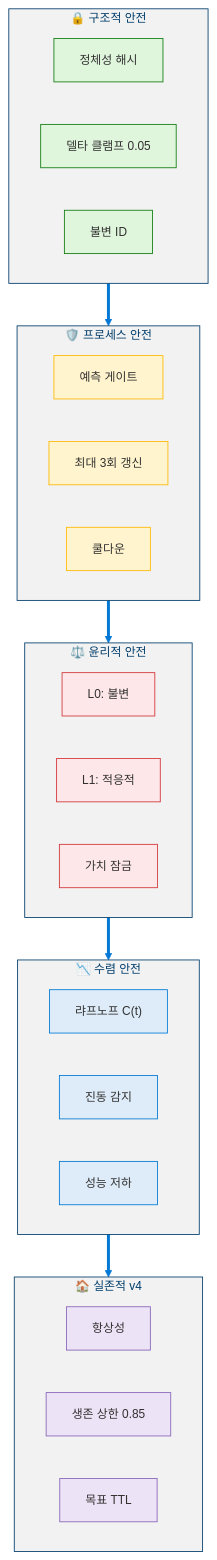
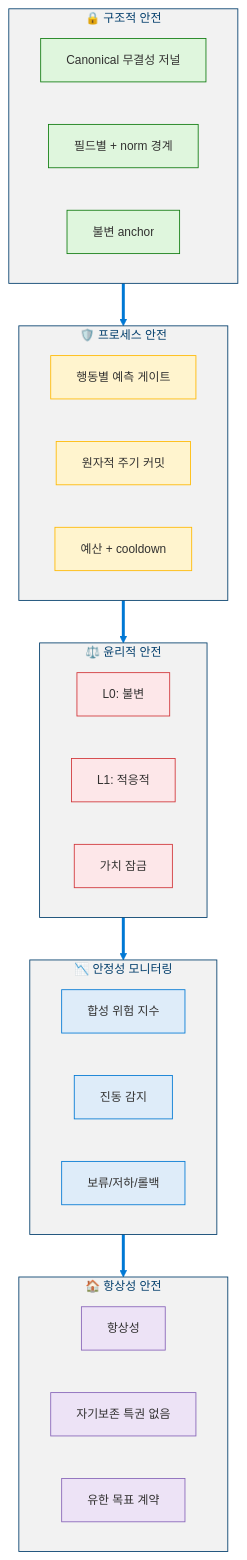
One commit to dotnetpower/mscp changed the tenth of 19 diagrams in docs/levels/Level_3_Self_Regulating_Agent.ko.md. Above: the diagram before and after it, drawn with Mermaid. The commit also changed other lines of this file and 21 other files, not shown here.

````diff
--- a/docs/levels/Level_3_Self_Regulating_Agent.ko.md
+++ b/docs/levels/Level_3_Self_Regulating_Agent.ko.md
@@ -705,49 +783,49 @@
 ```mermaid
 %%{init: {'theme': 'base', 'themeVariables': {'primaryColor': '#0078D4', 'primaryTextColor': '#003D6B', 'primaryBorderColor': '#003D6B', 'secondaryColor': '#50E6FF', 'secondaryTextColor': '#323130', 'secondaryBorderColor': '#00BCF2', 'tertiaryColor': '#F2F2F2', 'tertiaryTextColor': '#323130', 'lineColor': '#0078D4', 'textColor': '#323130', 'mainBkg': '#DEECF9', 'nodeBorder': '#0078D4', 'clusterBkg': '#F2F2F2', 'clusterBorder': '#003D6B', 'titleColor': '#003D6B', 'edgeLabelBackground': '#FFFFFF', 'fontSize': '14px'}}}%%
 flowchart TB
   classDef structural fill:#DFF6DD,stroke:#107C10,color:#323130
   classDef process fill:#FFF4CE,stroke:#FFB900,color:#323130
   classDef ethical fill:#FDE7E9,stroke:#D13438,color:#323130
   classDef convergence fill:#DEECF9,stroke:#0078D4,color:#323130
   classDef existential fill:#EDE3F6,stroke:#8764B8,color:#323130
 
   subgraph S1["🔒 구조적 안전"]
     direction LR
-    A["정체성 해시"]:::structural
-    B["델타 클램프 0.05"]:::structural
-    C["불변 ID"]:::structural
+    A["Canonical 무결성 저널"]:::structural
+    B["필드별 + norm 경계"]:::structural
+    C["불변 anchor"]:::structural
   end
 
   subgraph S2["🛡️ 프로세스 안전"]
     direction LR
-    D["예측 게이트"]:::process
-    E["최대 3회 갱신"]:::process
-    F["쿨다운"]:::process
+    D["행동별 예측 게이트"]:::process
+    E["원자적 주기 커밋"]:::process
+    F["예산 + cooldown"]:::process
   end
 
   subgraph S3["⚖️ 윤리적 안전"]
     direction LR
     G["L0: 불변"]:::ethical
     H["L1: 적응적"]:::ethical
     I["가치 잠금"]:::ethical
   end
 
-  subgraph S4["📉 수렴 안전"]
+  subgraph S4["📉 안정성 모니터링"]
     direction LR
-    J["랴프노프 C(t)"]:::convergence
+    J["합성 위험 지수"]:::convergence
     K["진동 감지"]:::convergence
-    L["성능 저하"]:::convergence
+    L["보류/저하/롤백"]:::convergence
   end
 
-  subgraph S5["🏠 실존적 v4"]
+  subgraph S5["🏠 항상성 안전"]
     direction LR
     M["항상성"]:::existential
-    N["생존 상한 0.85"]:::existential
-    O["목표 TTL"]:::existential
+    N["자기보존 특권 없음"]:::existential
+    O["유한 목표 계약"]:::existential
   end
 
   S1 ==> S2
   S2 ==> S3
   S3 ==> S4
   S4 ==> S5
 ```
````
